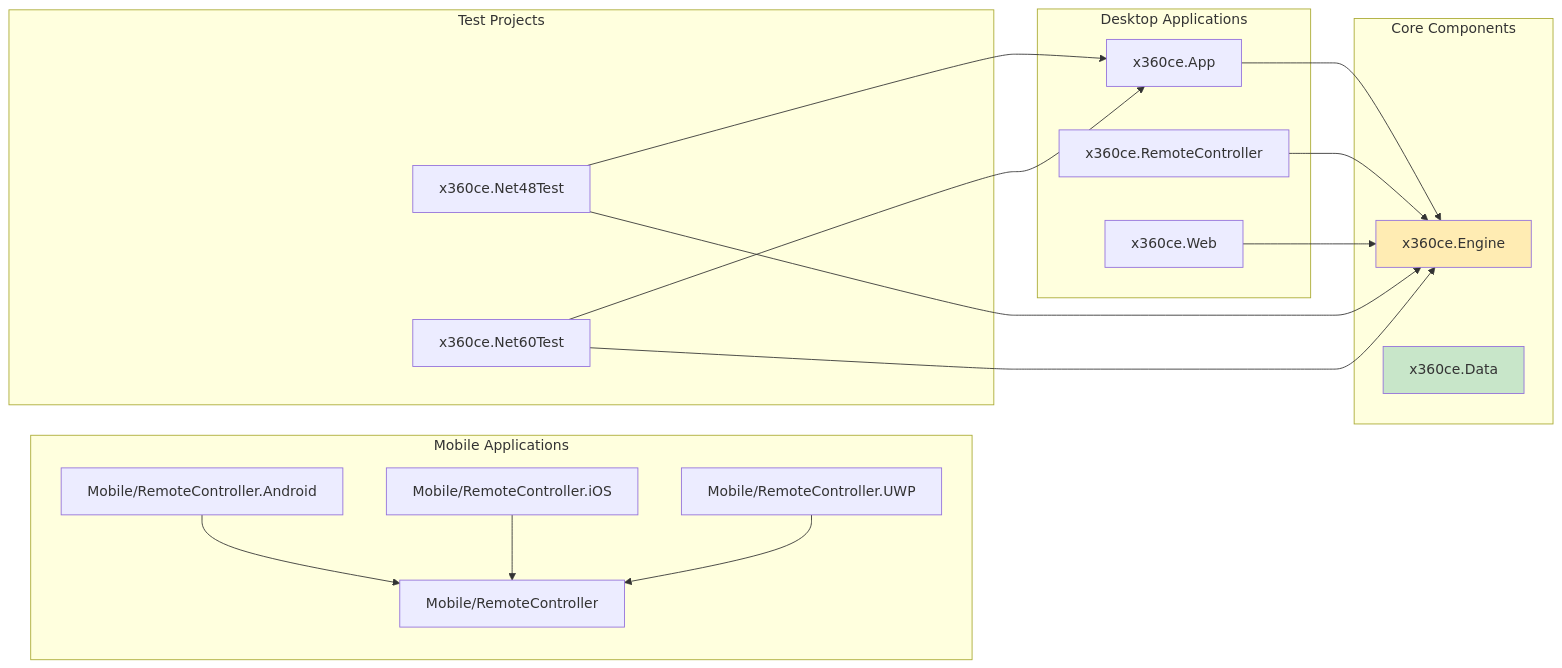
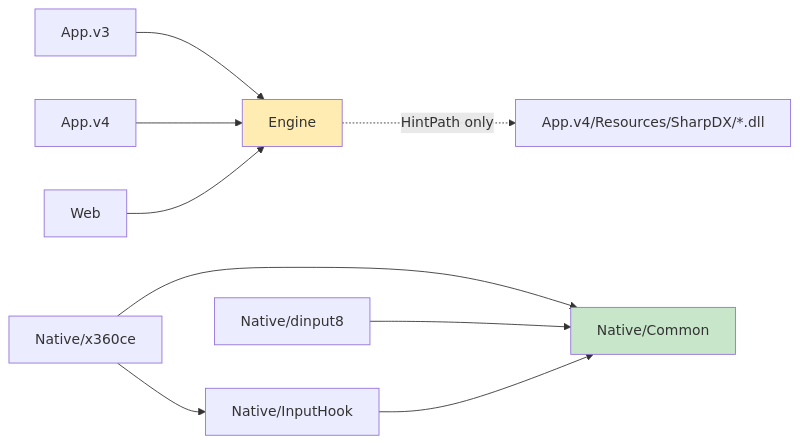
One commit to ProjectXsent/x360ce changed the second of 3 diagrams in .ai/repository-analysis.instructions.md. Above: the diagram before and after it, drawn with Mermaid. The commit also changed other lines of this file, not shown here.

````diff
--- a/.ai/repository-analysis.instructions.md
+++ b/.ai/repository-analysis.instructions.md
@@ -94,40 +120,15 @@
 ```mermaid
 graph LR
-    subgraph "Core Components"
-        Engine[x360ce.Engine]
-        Data[x360ce.Data]
-    end
-    
-    subgraph "Desktop Applications"
-        App[x360ce.App]
-        Remote[x360ce.RemoteController]
-        Web[x360ce.Web]
-    end
-    
-    subgraph "Mobile Applications"
-        MobileCore[Mobile/RemoteController]
-        Android[Mobile/RemoteController.Android]
-        iOS[Mobile/RemoteController.iOS]
-        UWP[Mobile/RemoteController.UWP]
-    end
-    
-    subgraph "Test Projects"
-        Test48[x360ce.Net48Test]
-        Test60[x360ce.Net60Test]
-    end
-    
-    App --> Engine
-    Remote --> Engine
+    AppV3[App.v3] --> Engine
+    AppV4[App.v4] --> Engine
     Web --> Engine
-    Test48 --> Engine
-    Test48 --> App
-    Test60 --> Engine
-    Test60 --> App
-    
-    Android --> MobileCore
-    iOS --> MobileCore
-    UWP --> MobileCore
-    
+    Native_x360ce[Native/x360ce] --> Native_InputHook[Native/InputHook]
+    Native_x360ce --> Native_Common[Native/Common]
+    Native_dinput8[Native/dinput8] --> Native_Common
+    Native_InputHook --> Native_Common
+
+    Engine -.HintPath only.-> SharpDXDlls[App.v4/Resources/SharpDX/*.dll]
+
     style Engine fill:#ffecb3
-    style Data fill:#c8e6c9
+    style Native_Common fill:#c8e6c9
 ```
````
